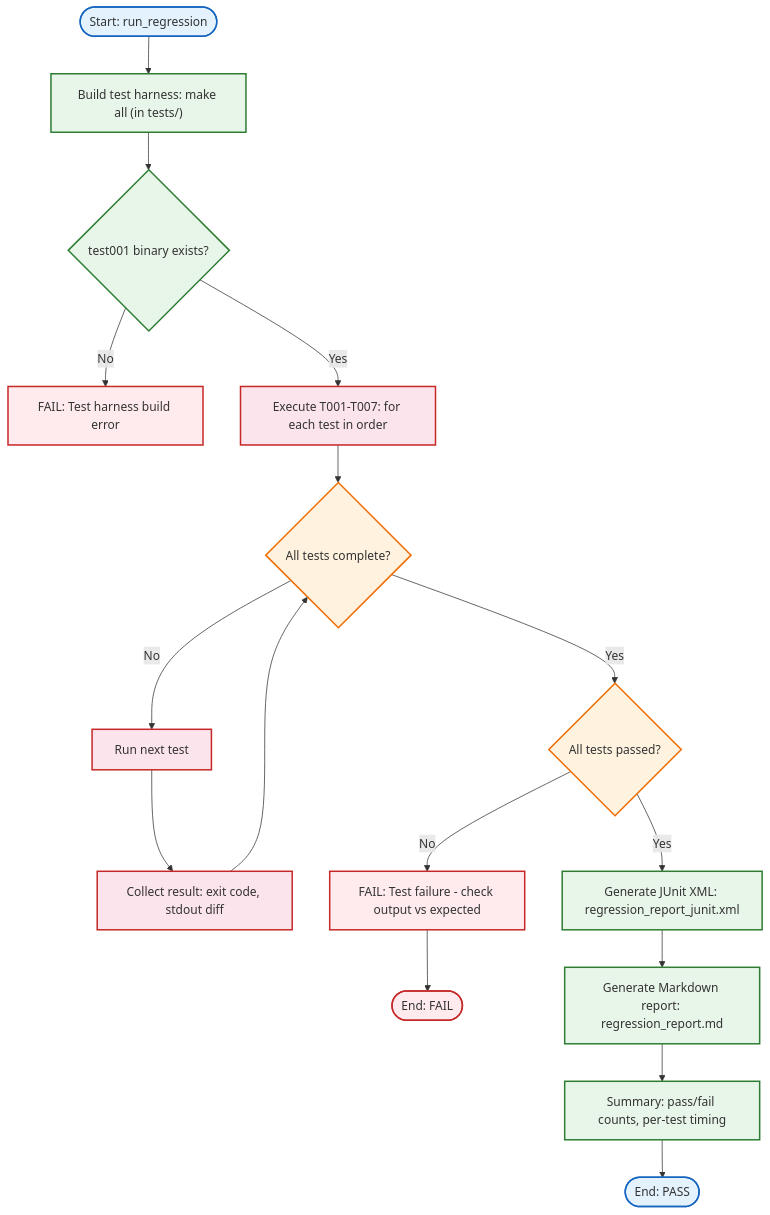
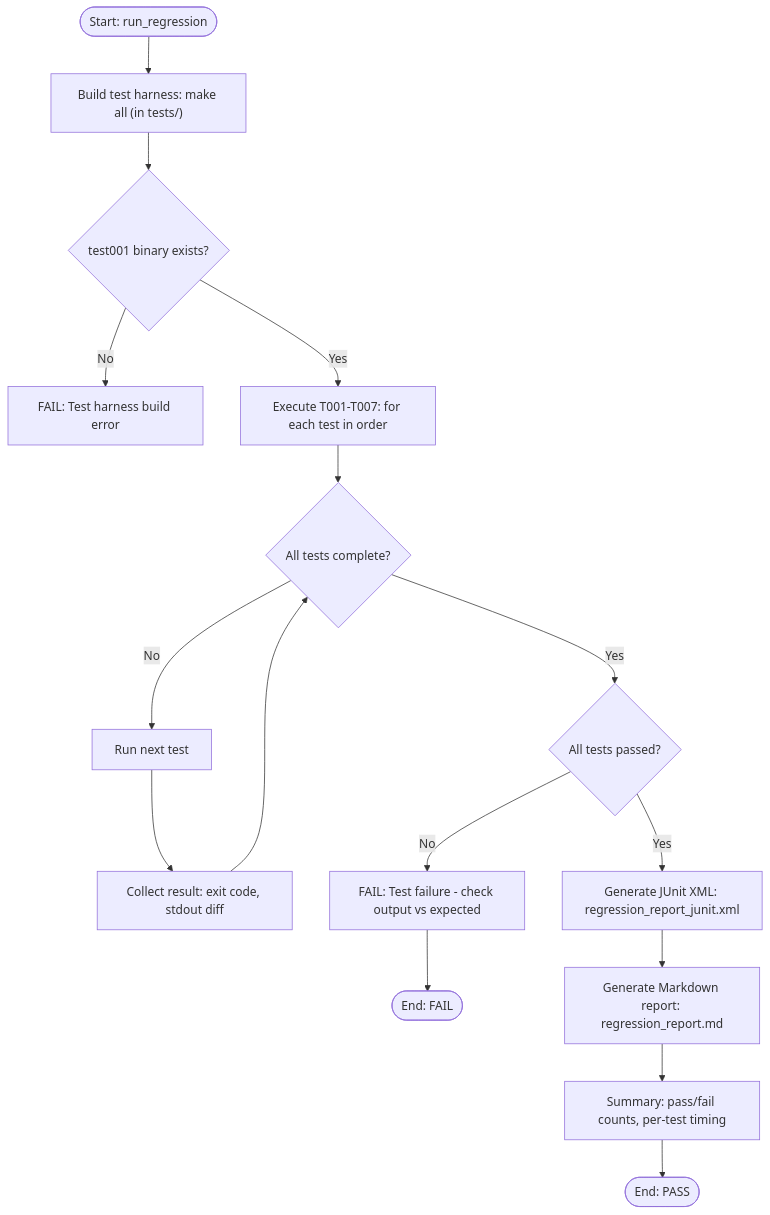
Before and after one commit to ebruno/codesamples: the third of 4 diagrams in ringbuffer/README.md, drawn with Mermaid. The commit also changed other lines of this file and 2 other files, not shown here.

Commit message:
updated mermaid graphs

````diff
--- a/ringbuffer/README.md
+++ b/ringbuffer/README.md
@@ -845,34 +813,24 @@
 ```mermaid
 flowchart TD
     Start([Start: run_regression]) --> BuildTest["Build test harness: make all (in tests/)"]
     BuildTest --> HarnessOK{test001 binary exists?}
 
     HarnessOK -->|No| FailHarness[FAIL: Test harness build error]
     HarnessOK -->|Yes| RunTests[Execute T001-T007: for each test in order]
 
     RunTests --> TLoop{All tests complete?}
     TLoop -->|No| NextTest[Run next test]
     NextTest --> CollectResult[Collect result: exit code, stdout diff]
     CollectResult --> TLoop
 
     TLoop -->|Yes| Results{All tests passed?}
 
     Results -->|No| FailTests[FAIL: Test failure - check output vs expected]
     Results -->|Yes| JUnit[Generate JUnit XML: regression_report_junit.xml]
 
     FailTests --> EndFail([End: FAIL])
     JUnit --> Markdown[Generate Markdown report: regression_report.md]
     Markdown --> Summary[Summary: pass/fail counts, per-test timing]
     Summary --> EndOK([End: PASS])
 
-    classDef startend fill:#e3f2fd,stroke:#1565c0,stroke-width:2px
-    classDef process fill:#e8f5e9,stroke:#2e7d32,stroke-width:2px
-    classDef decision fill:#fff3e0,stroke:#ef6c00,stroke-width:2px
-    classDef fail fill:#ffebee,stroke:#c62828,stroke-width:2px
-    classDef test fill:#fce4ec,stroke:#c62828,stroke-width:2px
-    class Start,EndOK startend
-    class BuildTest,HarnessOK,JUnit,Markdown,Summary process
-    class TLoop,Results decision
-    class FailHarness,FailTests,EndFail fail
-    class RunTests,NextTest,CollectResult test
 ```
````
